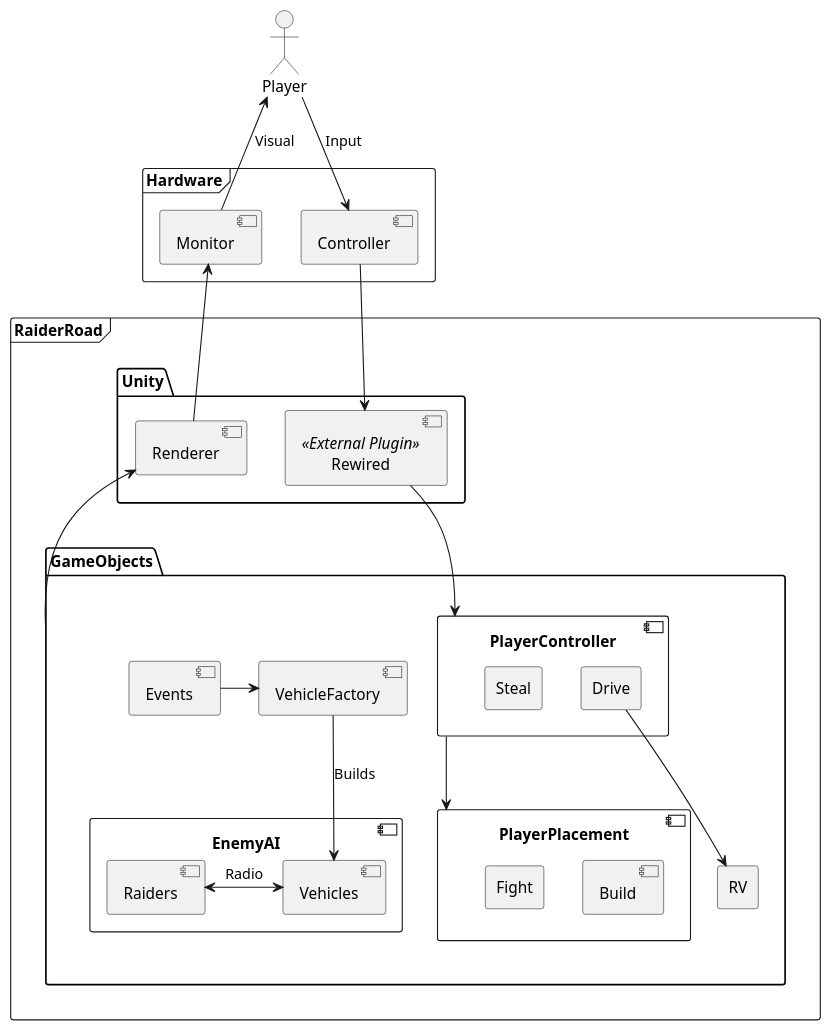
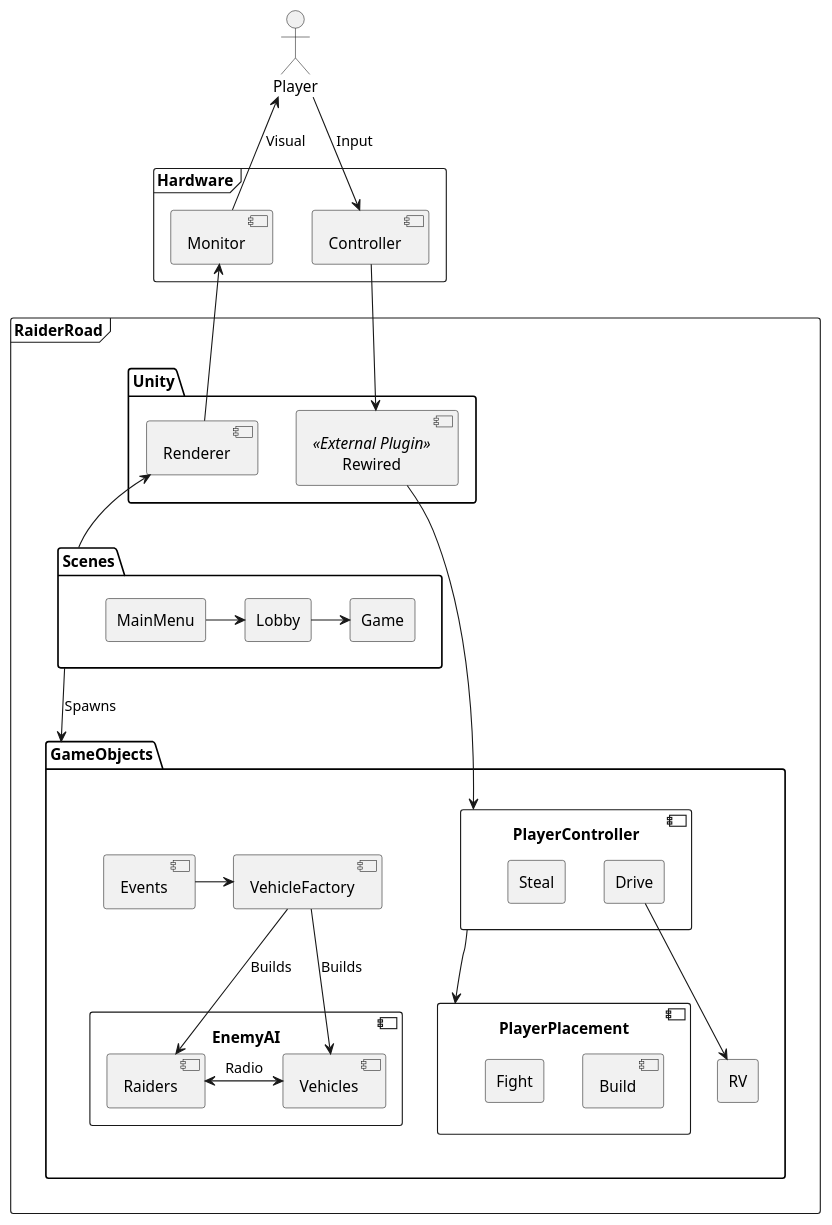
Before and after one commit to OutOfHandInteractive/RaiderRoad: the diagram in RaiderRoad/Assets/Scripts/docs/Architecture.puml, drawn with PlantUML. The commit also changed 49 other files, not shown here.

```diff
--- a/RaiderRoad/Assets/Scripts/docs/Architecture.puml
+++ b/RaiderRoad/Assets/Scripts/docs/Architecture.puml
@@ -1,53 +1,64 @@
 @startuml
 '' Architecture
 skinparam backgroundColor transparent
 skinparam monochrome true
 skinparam shadowing false
 
 actor Player
 
 frame Hardware {
 	component Controller
 	component Monitor
 }
 
 frame RaiderRoad {
 	package Unity {
 		component Renderer
 		component Rewired <<External Plugin>>
+	}
+	package Scenes {
+		rectangle MainMenu
+		rectangle Lobby
+		rectangle Game
 	}
 	package GameObjects {
 		component Events
 		component VehicleFactory
 		component PlayerController{
 			rectangle Drive
 			rectangle Steal
 		}
 		component PlayerPlacement{
 			component Build
 			rectangle Fight
 		}
 		rectangle RV
 		component EnemyAI{
 			component Raiders
 			component Vehicles
 		}
 	}
 }
 
 Player --> Controller : Input
 Player <-- Monitor : Visual
 
 Controller --> Rewired
 Monitor <-- Renderer
 
+Renderer <-- Scenes
+MainMenu -> Lobby
+Lobby -> Game
+Scenes --> GameObjects : Spawns
+
 Events -> VehicleFactory
 VehicleFactory --> Vehicles : Builds
-Renderer <-- GameObjects
+VehicleFactory --> Raiders : Builds
+'Renderer <-- GameObjects
 Rewired --> PlayerController
 PlayerController --> PlayerPlacement
 Raiders <-> Vehicles : Radio
 
 Drive --> RV
 
 @enduml
```
